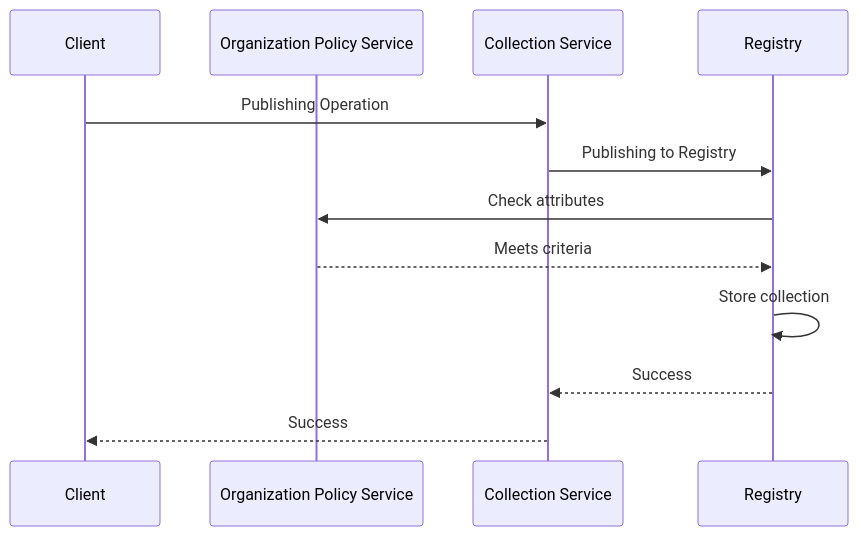
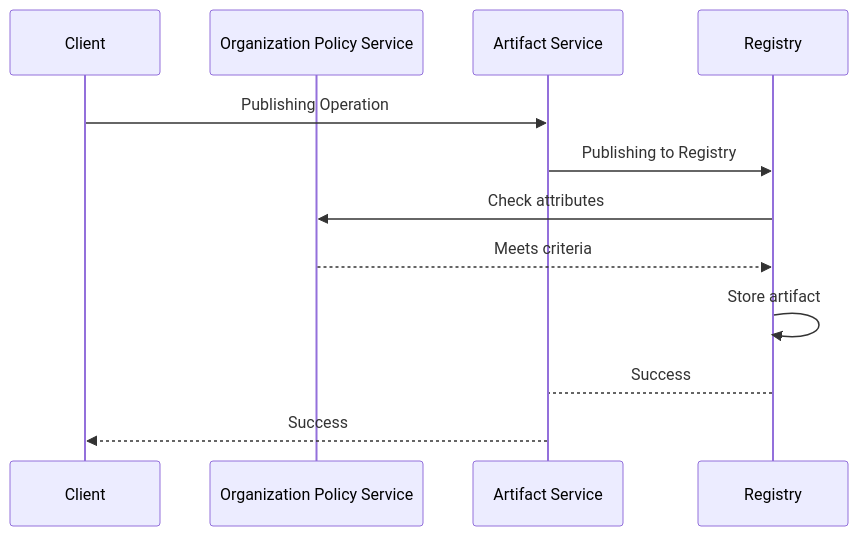
The sixth of 9 diagrams in docs/design.md (emporous/community), drawn with Mermaid before and after one commit. The commit also changed other lines of this file, not shown here.

````diff
--- a/docs/design.md
+++ b/docs/design.md
@@ -422,14 +343,14 @@
 ```mermaid
 sequenceDiagram;
 participant Client
 participant Organization Policy Service
-participant Collection Service
+participant Artifact Service
 participant Registry
-Client->>Collection Service: Publishing Operation
-Collection Service->>Registry: Publishing to Registry
+Client->>Artifact Service: Publishing Operation
+Artifact Service->>Registry: Publishing to Registry
 Registry->>Organization Policy Service: Check attributes
 Organization Policy Service-->>Registry: Meets criteria
-Registry->>Registry: Store collection
-Registry-->>Collection Service: Success
-Collection Service-->>Client: Success
+Registry->>Registry: Store artifact
+Registry-->Artifact Service: Success
+Artifact Service-->>Client: Success
 ```
````
